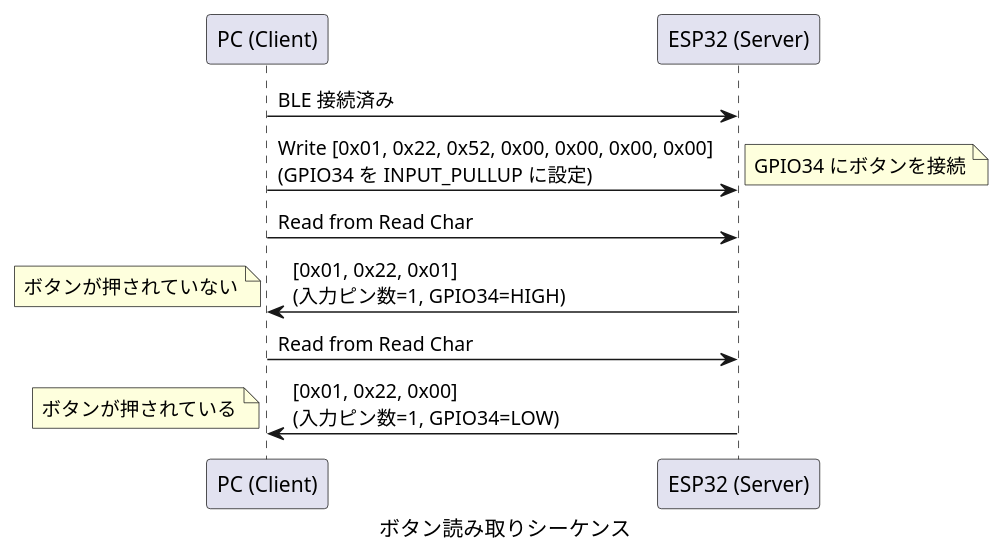
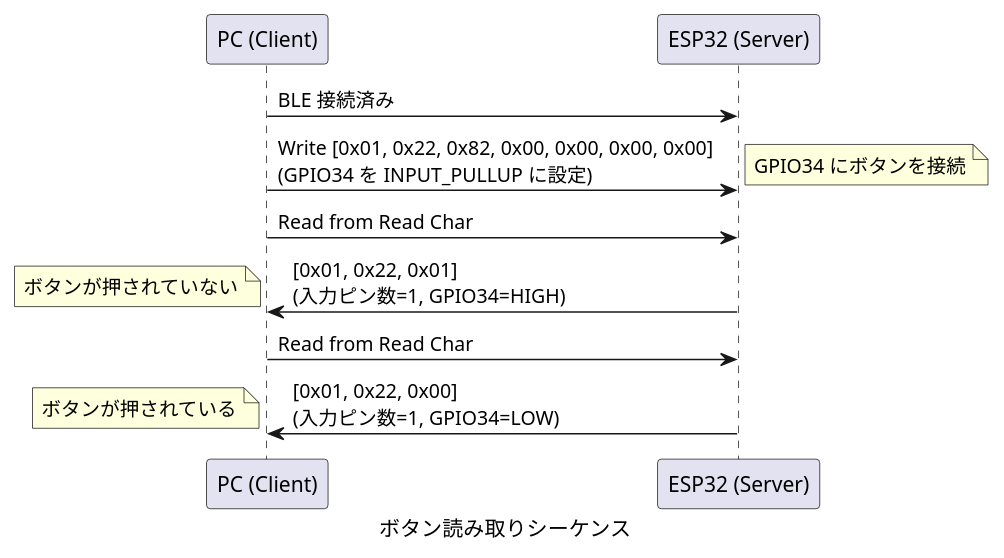
The third of 4 diagrams in docs-src/bleio-protocol.md (Hondarer/bleio), drawn with PlantUML before and after one commit. The commit also changed other lines of this file and 4 other files, not shown here.

````diff
--- a/docs-src/bleio-protocol.md
+++ b/docs-src/bleio-protocol.md
@@ -359,21 +359,21 @@
 ```plantuml
 @startuml ボタン読み取りシーケンス
     caption ボタン読み取りシーケンス
 
     participant "PC (Client)" as PC
     participant "ESP32 (Server)" as ESP32
 
     PC -> ESP32: BLE 接続済み
 
-    PC -> ESP32: Write [0x01, 0x22, 0x52, 0x00, 0x00, 0x00, 0x00]\n(GPIO34 を INPUT_PULLUP に設定)
+    PC -> ESP32: Write [0x01, 0x22, 0x82, 0x00, 0x00, 0x00, 0x00]\n(GPIO34 を INPUT_PULLUP に設定)
     note right: GPIO34 にボタンを接続
 
     PC -> ESP32: Read from Read Char
     ESP32 -> PC: [0x01, 0x22, 0x01]\n(入力ピン数=1, GPIO34=HIGH)
     note left: ボタンが押されていない
 
     PC -> ESP32: Read from Read Char
     ESP32 -> PC: [0x01, 0x22, 0x00]\n(入力ピン数=1, GPIO34=LOW)
     note left: ボタンが押されている
 @enduml
 ```
````
